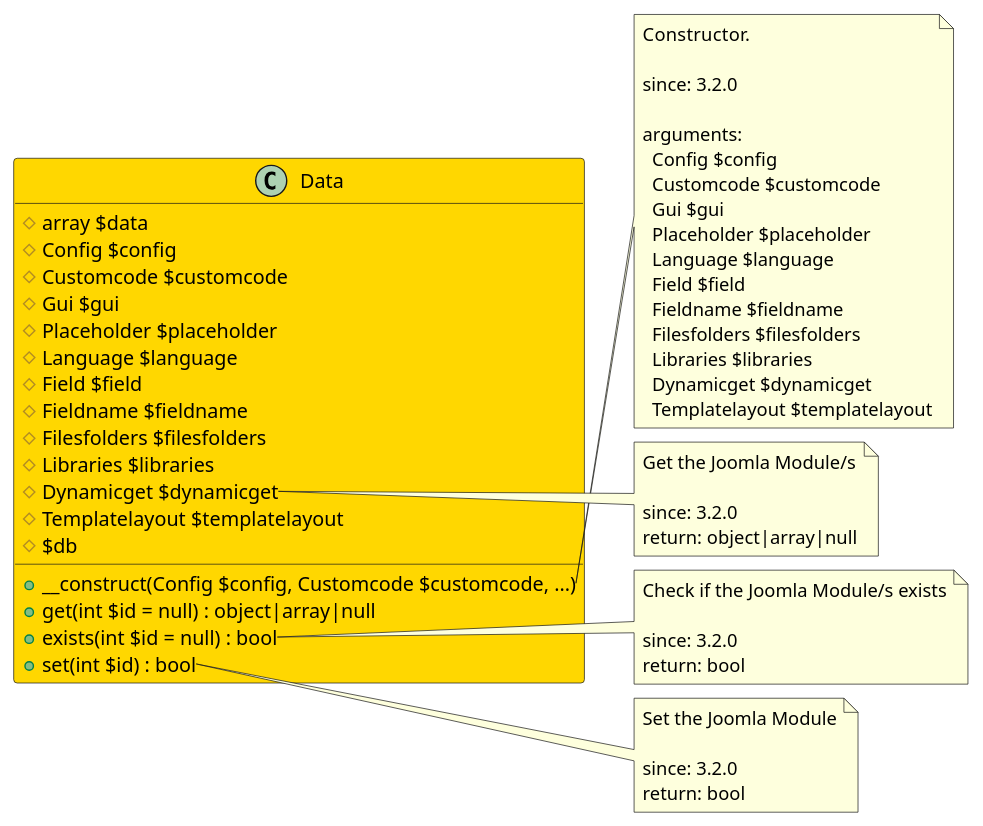
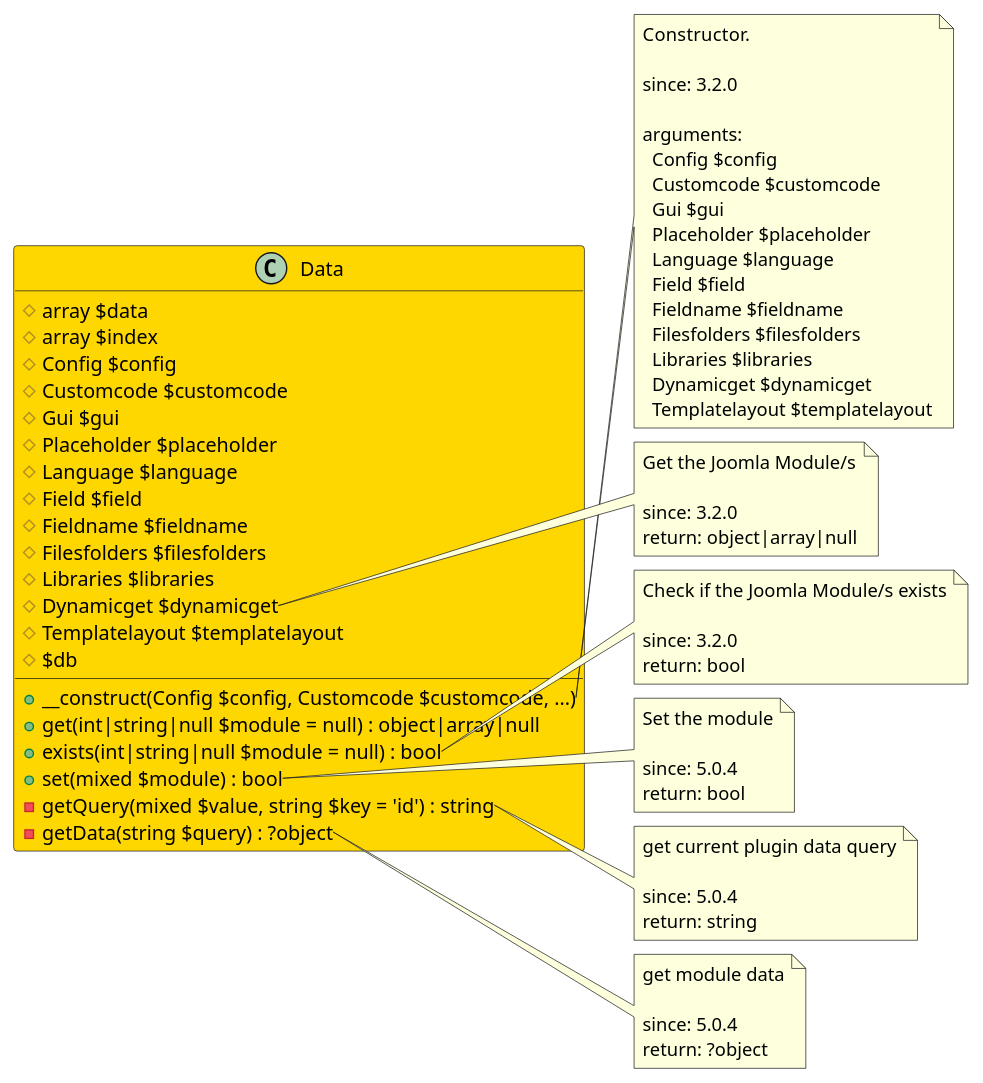
One commit to joomengine/jcb-compiler changed the diagram in src/cb11e8d9-69c2-4095-831c-59908ea402e7/README.md. Above: the diagram before and after it, drawn with PlantUML. The commit also changed 558 other files, not shown here.

````diff
--- a/src/cb11e8d9-69c2-4095-831c-59908ea402e7/README.md
+++ b/src/cb11e8d9-69c2-4095-831c-59908ea402e7/README.md
@@ -12,64 +12,81 @@
 ```uml
 @startuml
 class Data  #Gold {
   # array $data
+  # array $index
   # Config $config
   # Customcode $customcode
   # Gui $gui
   # Placeholder $placeholder
   # Language $language
   # Field $field
   # Fieldname $fieldname
   # Filesfolders $filesfolders
   # Libraries $libraries
   # Dynamicget $dynamicget
   # Templatelayout $templatelayout
   # $db
   + __construct(Config $config, Customcode $customcode, ...)
-  + get(int $id = null) : object|array|null
-  + exists(int $id = null) : bool
-  + set(int $id) : bool
+  + get(int|string|null $module = null) : object|array|null
+  + exists(int|string|null $module = null) : bool
+  + set(mixed $module) : bool
+  - getQuery(mixed $value, string $key = 'id') : string
+  - getData(string $query) : ?object
 }
 
 note right of Data::__construct
   Constructor.
 
   since: 3.2.0
   
   arguments:
     Config $config
     Customcode $customcode
     Gui $gui
     Placeholder $placeholder
     Language $language
     Field $field
     Fieldname $fieldname
     Filesfolders $filesfolders
     Libraries $libraries
     Dynamicget $dynamicget
     Templatelayout $templatelayout
 end note
 
 note right of Data::get
   Get the Joomla Module/s
 
   since: 3.2.0
   return: object|array|null
 end note
 
 note right of Data::exists
   Check if the Joomla Module/s exists
 
   since: 3.2.0
   return: bool
 end note
 
 note right of Data::set
-  Set the Joomla Module
+  Set the module
 
-  since: 3.2.0
+  since: 5.0.4
   return: bool
+end note
+
+note right of Data::getQuery
+  get current plugin data query
+
+  since: 5.0.4
+  return: string
+end note
+
+note right of Data::getData
+  get module data
+
+  since: 5.0.4
+  return: ?object
 end note
  
 @enduml
 ```
````
